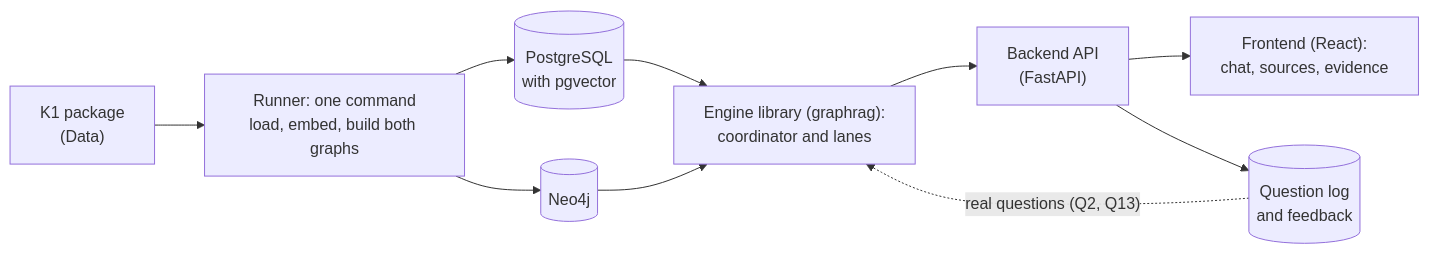
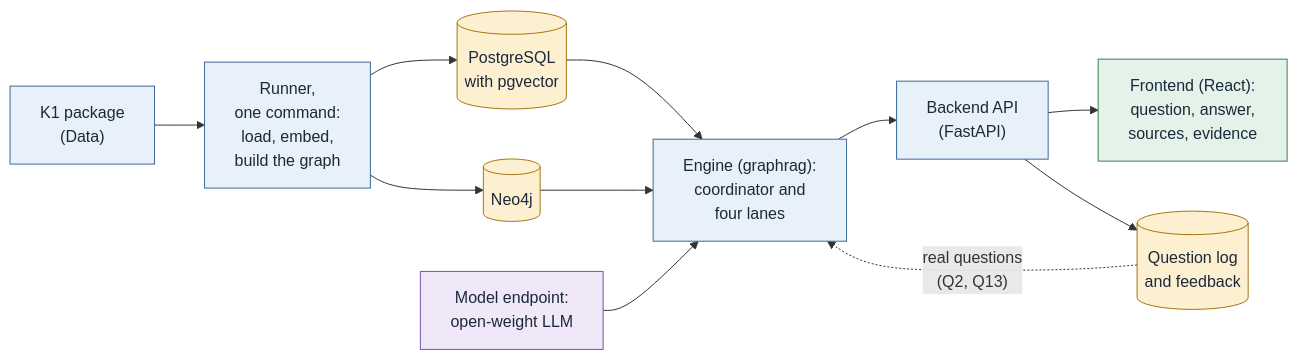
The fourth of 9 diagrams in docs/PROJECT_DESIGN.md (thaitri2005/Secure-O-G-LLM-and-Knowledge-Graph), drawn with Mermaid before and after one commit. The commit also changed other lines of this file and 47 other files, not shown here.

````diff
--- a/docs/PROJECT_DESIGN.md
+++ b/docs/PROJECT_DESIGN.md
@@ -451,12 +477,18 @@
 ```mermaid
 flowchart LR
-    PKG["K1 package<br/>(Data)"] --> RUN["Runner: one command<br/>load, embed, build both graphs"]
-    RUN --> PG[("PostgreSQL<br/>with pgvector")]
-    RUN --> NG[("Neo4j")]
-    PG --> ENG["Engine library (graphrag):<br/>coordinator and lanes"]
+    PKG["K1 package<br/>(Data)"]:::svc --> RUN["Runner,<br/>one command:<br/>load, embed,<br/>build the graph"]:::svc
+    RUN --> PG[("PostgreSQL<br/>with pgvector")]:::store
+    RUN --> NG[("Neo4j")]:::store
+    PG --> ENG["Engine (graphrag):<br/>coordinator and<br/>four lanes"]:::svc
     NG --> ENG
-    ENG --> API["Backend API<br/>(FastAPI)"]
-    API --> WEB["Frontend (React):<br/>chat, sources, evidence"]
-    API --> LOG[("Question log<br/>and feedback")]
-    LOG -. "real questions (Q2, Q13)" .-> ENG
+    LM["Model endpoint:<br/>open-weight LLM"]:::model --> ENG
+    ENG --> API["Backend API<br/>(FastAPI)"]:::svc
+    API --> WEB["Frontend (React):<br/>question, answer,<br/>sources, evidence"]:::ui
+    API --> LOG[("Question log<br/>and feedback")]:::store
+    LOG -. "real questions<br/>(Q2, Q13)" .-> ENG
+    classDef ui fill:#e4f3ea,stroke:#3b7d57,color:#1b2a3a
+    classDef svc fill:#e8f0fa,stroke:#3d6a9c,color:#1b2a3a
+    classDef store fill:#fdf0d0,stroke:#a67512,color:#1b2a3a
+    classDef model fill:#f0e7f9,stroke:#7b52ab,color:#1b2a3a
+    classDef ext fill:#f3f4f6,stroke:#6b7280,color:#1b2a3a,stroke-dasharray:5 4
 ```
````
